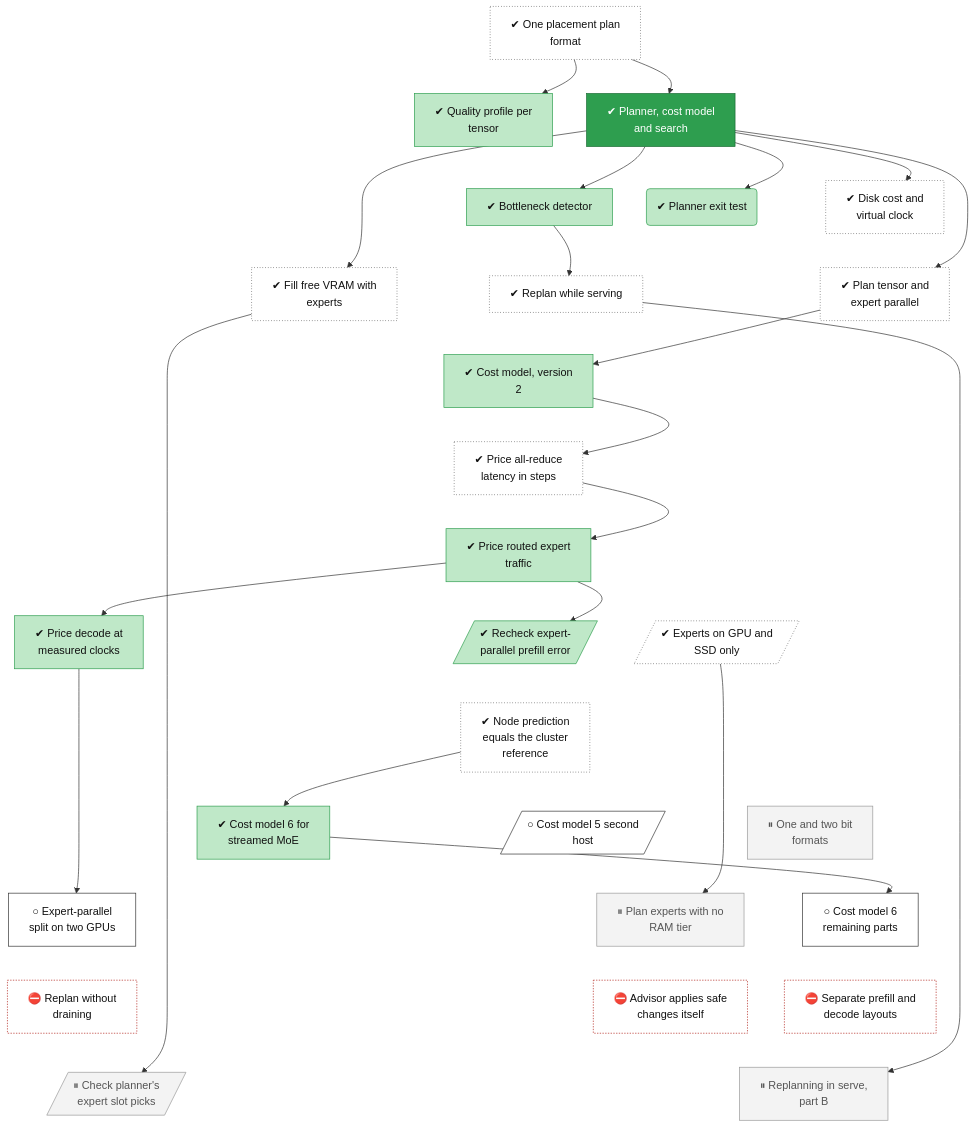
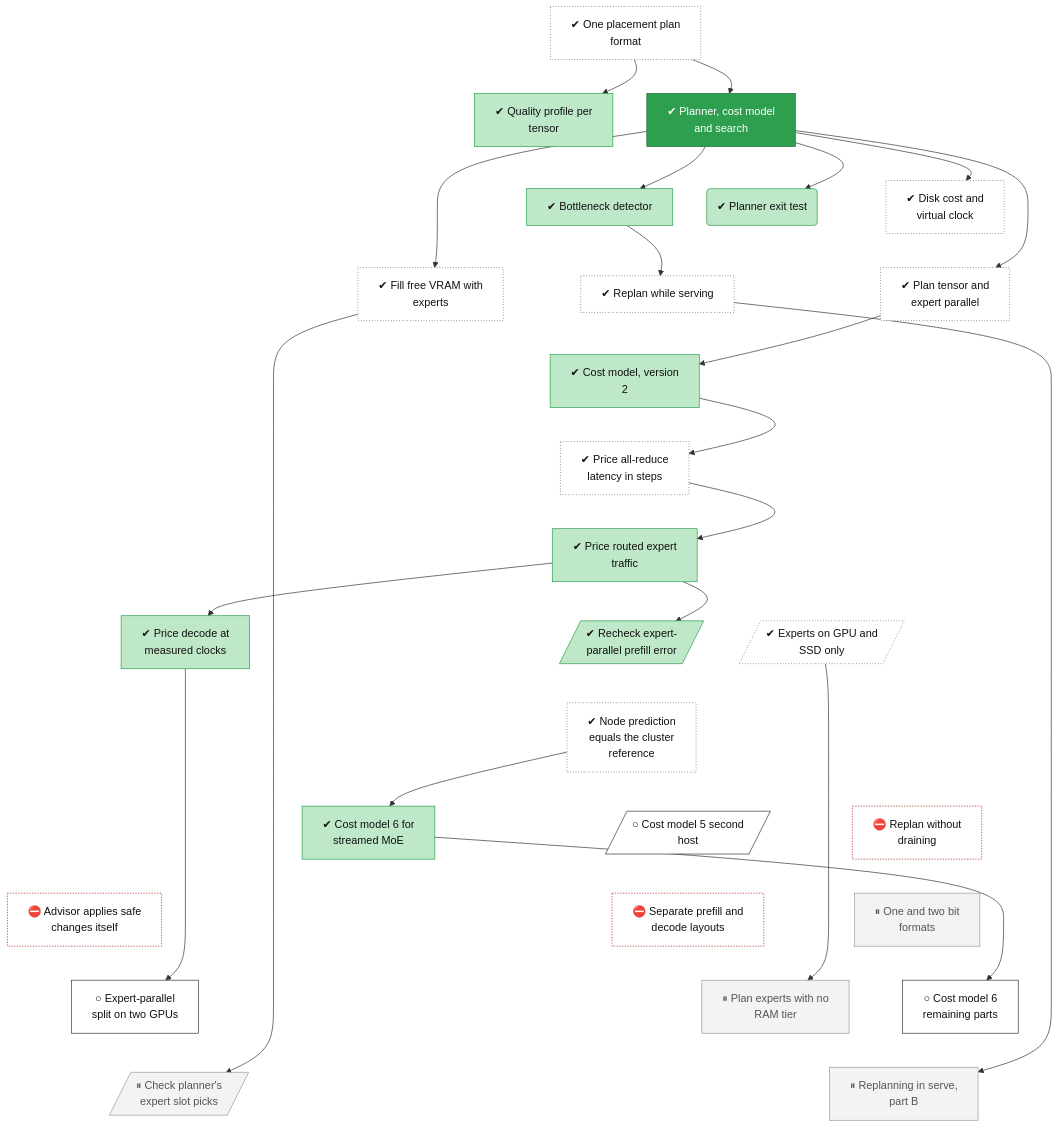
Before and after one commit to lhns/tetraeder: the diagram in docs/roadmap/tracks/planner.md, drawn with Mermaid. The commit also changed 75 other files, not shown here.

Commit message:
Phase 6, ADR 0092 confirmation: tree node bench-235b-segment-confirm done (e_pp +0.077, e_tg -0.044, gate held), roadmap rebuilt (not measured)

````diff
--- a/docs/roadmap/tracks/planner.md
+++ b/docs/roadmap/tracks/planner.md
@@ -27,13 +27,13 @@
     planner_node_predict_check["✔ Node prediction<br/>equals the cluster<br/>reference"]
     planner_costmodel_stream_terms["✔ Cost model 6 for<br/>streamed MoE"]
     planner_cost_model_v5_host2[/"○ Cost model 5 second<br/>host"/]
+    planner_live_replan["⛔ Replan without<br/>draining"]
+    planner_advisor_auto["⛔ Advisor applies safe<br/>changes itself"]
+    planner_split_layouts["⛔ Separate prefill and<br/>decode layouts"]
     planner_low_bit_formats["⏸ One and two bit<br/>formats"]
     planner_ep_split["○ Expert-parallel<br/>split on two GPUs"]
     planner_ram_slots_zero["⏸ Plan experts with no<br/>RAM tier"]
     planner_costmodel_v6_rest["○ Cost model 6<br/>remaining parts"]
-    planner_live_replan["⛔ Replan without<br/>draining"]
-    planner_advisor_auto["⛔ Advisor applies safe<br/>changes itself"]
-    planner_split_layouts["⛔ Separate prefill and<br/>decode layouts"]
     planner_slot_campaign[/"⏸ Check planner's<br/>expert slot picks"/]
     planner_replan_part_b["⏸ Replanning in serve,<br/>part B"]
     planner_plan_ir ~~~ planner_quality
@@ -57,16 +57,16 @@
     planner_low_ram_modes ~~~ planner_node_predict_check
     planner_node_predict_check ~~~ planner_costmodel_stream_terms
     planner_node_predict_check ~~~ planner_cost_model_v5_host2
-    planner_node_predict_check ~~~ planner_low_bit_formats
-    planner_costmodel_stream_terms ~~~ planner_ep_split
-    planner_cost_model_v5_host2 ~~~ planner_ram_slots_zero
+    planner_node_predict_check ~~~ planner_live_replan
+    planner_costmodel_stream_terms ~~~ planner_advisor_auto
+    planner_cost_model_v5_host2 ~~~ planner_split_layouts
+    planner_live_replan ~~~ planner_low_bit_formats
+    planner_advisor_auto ~~~ planner_ep_split
+    planner_split_layouts ~~~ planner_ram_slots_zero
     planner_low_bit_formats ~~~ planner_costmodel_v6_rest
-    planner_ep_split ~~~ planner_live_replan
-    planner_ram_slots_zero ~~~ planner_advisor_auto
-    planner_costmodel_v6_rest ~~~ planner_split_layouts
-    planner_live_replan ~~~ planner_slot_campaign
-    planner_advisor_auto ~~~ planner_replan_part_b
-    planner_split_layouts ~~~ planner_replan_part_b
+    planner_ep_split ~~~ planner_slot_campaign
+    planner_ram_slots_zero ~~~ planner_replan_part_b
+    planner_costmodel_v6_rest ~~~ planner_replan_part_b
     planner_plan_ir --> planner_quality
     planner_plan_ir --> planner_core
     planner_core --> planner_exit
@@ -104,6 +104,6 @@
     class planner_quality,planner_exit,planner_detector,planner_cost_v2,planner_cost_v4,planner_cost_model_v5,planner_ep_prefill_recheck,planner_costmodel_stream_terms succ
     class planner_core vsucc
     class planner_cost_model_v5_host2,planner_ep_split,planner_costmodel_v6_rest next
+    class planner_live_replan,planner_advisor_auto,planner_split_layouts blocked
     class planner_low_bit_formats,planner_ram_slots_zero,planner_slot_campaign,planner_replan_part_b parked
-    class planner_live_replan,planner_advisor_auto,planner_split_layouts blocked
 ```
````
